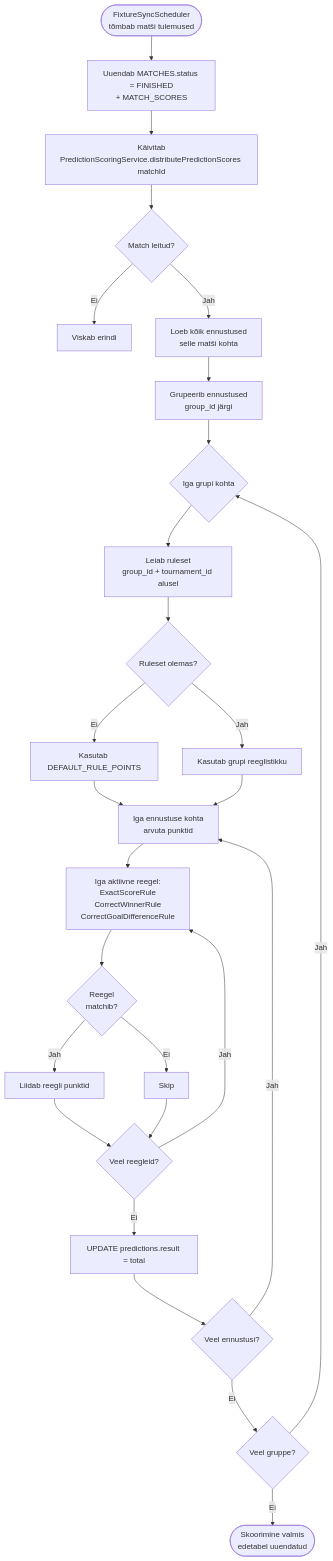
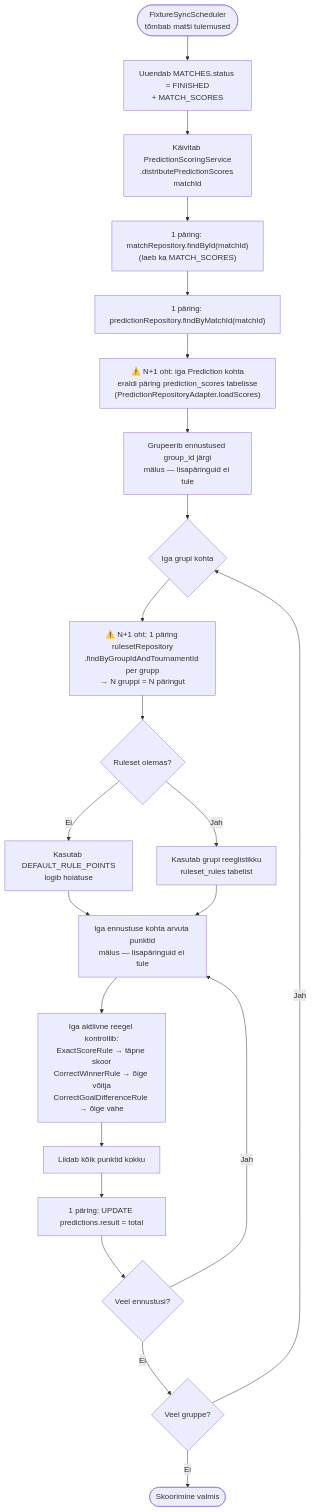
The fourth of 4 diagrams in docs/presentation-technical.md (Shrampus/Predict-o-rama), drawn with Mermaid before and after one commit. The commit also changed other lines of this file, not shown here.

````diff
--- a/docs/presentation-technical.md
+++ b/docs/presentation-technical.md
@@ -255,35 +271,31 @@
 ```mermaid
 flowchart TD
     Start([FixtureSyncScheduler<br/>tõmbab matši tulemused]) --> Update[Uuendab MATCHES.status = FINISHED<br/>+ MATCH_SCORES]
-    Update --> Trigger[Käivitab<br/>PredictionScoringService.distributePredictionScores matchId]
+    Update --> Trigger[Käivitab PredictionScoringService<br/>.distributePredictionScores matchId]
 
-    Trigger --> FindMatch{Match leitud?}
-    FindMatch -->|Ei| Error1[Viskab erindi]
-    FindMatch -->|Jah| GetPreds[Loeb kõik ennustused<br/>selle matši kohta]
+    Trigger --> FindMatch["1 päring: matchRepository.findById(matchId)<br/>(laeb ka MATCH_SCORES)"]
+    FindMatch --> FindPreds["1 päring: predictionRepository.findByMatchId(matchId)"]
 
-    GetPreds --> GroupBy[Grupeerib ennustused<br/>group_id järgi]
+    FindPreds --> N1_warn1["⚠️ N+1 oht: iga Prediction kohta<br/>eraldi päring prediction_scores tabelisse<br/>(PredictionRepositoryAdapter.loadScores)"]
+    N1_warn1 --> GroupBy[Grupeerib ennustused group_id järgi<br/>mälus — lisapäringuid ei tule]
+
     GroupBy --> Loop{Iga grupi kohta}
 
-    Loop --> FindRuleset[Leiab ruleset<br/>group_id + tournament_id alusel]
+    Loop --> FindRuleset["⚠️ N+1 oht: 1 päring rulesetRepository<br/>.findByGroupIdAndTournamentId per grupp<br/>→ N gruppi = N päringut"]
     FindRuleset --> RulesetExists{Ruleset olemas?}
-    RulesetExists -->|Ei| Default[Kasutab DEFAULT_RULE_POINTS]
-    RulesetExists -->|Jah| Custom[Kasutab grupi reeglistikku]
+    RulesetExists -->|Ei| Default[Kasutab DEFAULT_RULE_POINTS<br/>logib hoiatuse]
+    RulesetExists -->|Jah| Custom[Kasutab grupi reeglistikku<br/>ruleset_rules tabelist]
 
     Default --> CalcLoop
-    Custom --> CalcLoop[Iga ennustuse kohta<br/>arvuta punktid]
+    Custom --> CalcLoop[Iga ennustuse kohta arvuta punktid<br/>mälus — lisapäringuid ei tule]
 
-    CalcLoop --> ApplyRules[Iga aktiivne reegel:<br/>ExactScoreRule<br/>CorrectWinnerRule<br/>CorrectGoalDifferenceRule]
-    ApplyRules --> Match{Reegel<br/>matchib?}
-    Match -->|Jah| AddPoints[Liidab reegli punktid]
-    Match -->|Ei| Skip[Skip]
-    AddPoints --> NextRule{Veel reegleid?}
-    Skip --> NextRule
-    NextRule -->|Jah| ApplyRules
-    NextRule -->|Ei| Save[UPDATE predictions.result = total]
+    CalcLoop --> ApplyRules["Iga aktiivne reegel kontrollib:<br/>ExactScoreRule → täpne skoor<br/>CorrectWinnerRule → õige võitja<br/>CorrectGoalDifferenceRule → õige vahe"]
+    ApplyRules --> SumPoints[Liidab kõik punktid kokku]
+    SumPoints --> Save["1 päring: UPDATE predictions.result = total"]
 
     Save --> NextPred{Veel ennustusi?}
     NextPred -->|Jah| CalcLoop
     NextPred -->|Ei| NextGroup{Veel gruppe?}
     NextGroup -->|Jah| Loop
-    NextGroup -->|Ei| Done([Skoorimine valmis<br/>edetabel uuendatud])
+    NextGroup -->|Ei| Done([Skoorimine valmis])
 ```
````
